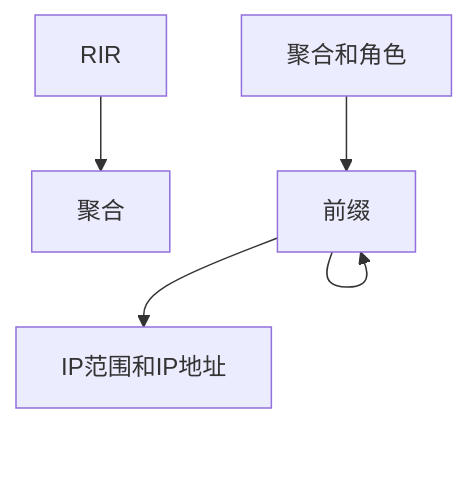
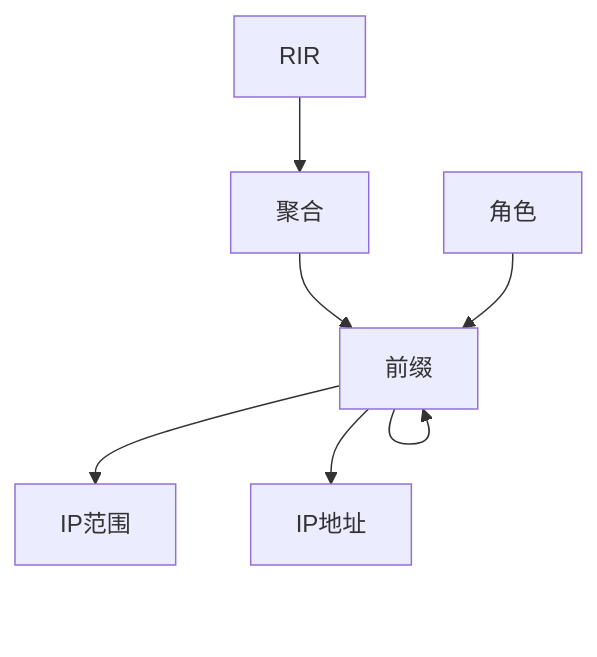
The diagram in docs/features/ipam.md (zituoguan/netbox), drawn with Mermaid before and after one commit. The commit also changed 36 other files, not shown here.

````diff
--- a/docs/features/ipam.md
+++ b/docs/features/ipam.md
@@ -14,14 +14,14 @@
 ```mermaid
 flowchart TD
     RIR --> 聚合
-    聚合和角色 --> 前缀
+    聚合 & 角色 --> 前缀
     前缀 --> 前缀
-    前缀 --> IP范围和IP地址
+    前缀 --> IP范围 & IP地址
 
 click 聚合 "../../models/ipam/aggregate/"
 click IP地址 "../../models/ipam/ipaddress/"
 click IP范围 "../../models/ipam/iprange/"
 click 前缀 "../../models/ipam/prefix/"
 click RIR "../../models/ipam/rir/"
 click 角色 "../../models/ipam/role/"
 ```
````
